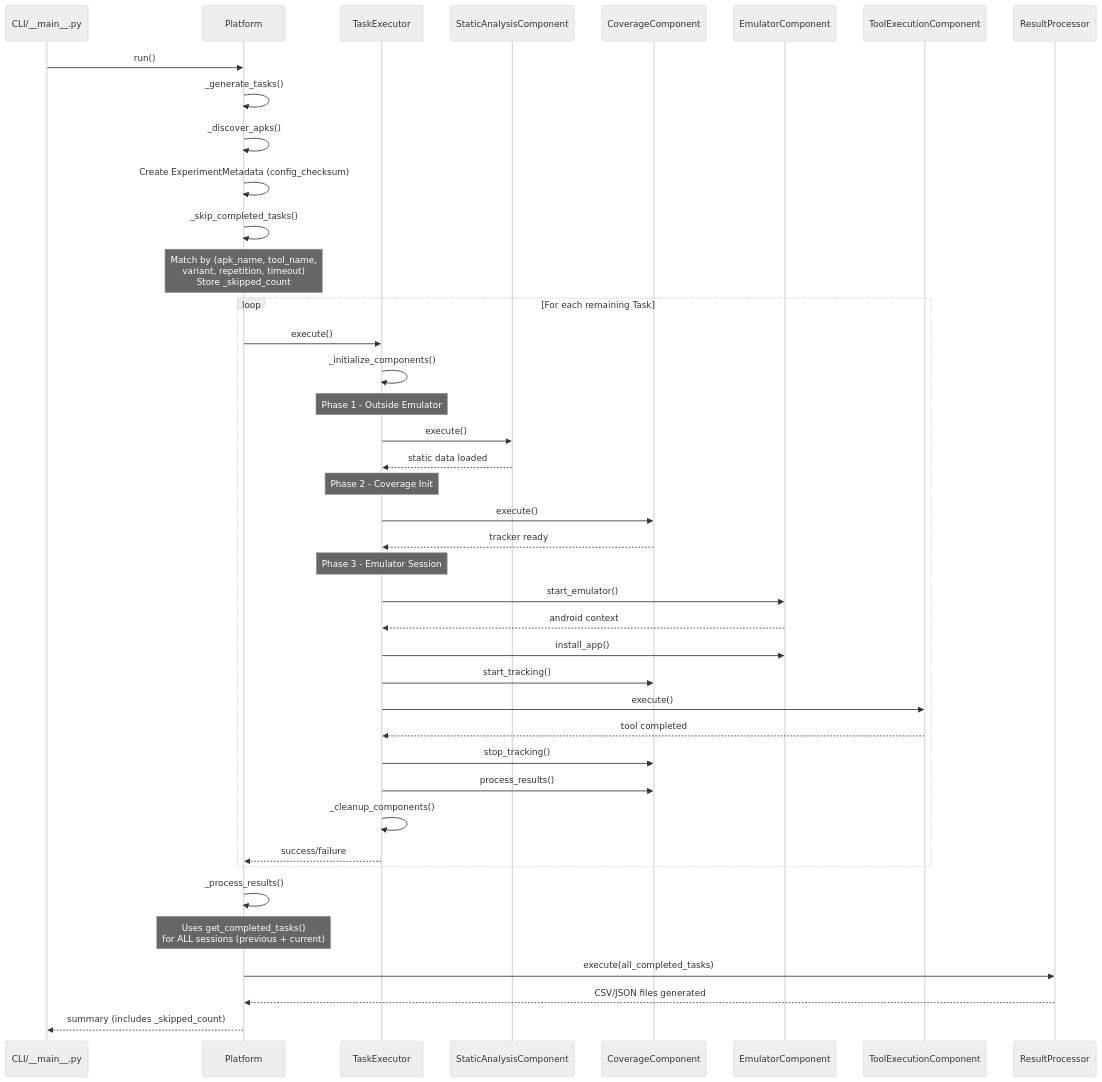
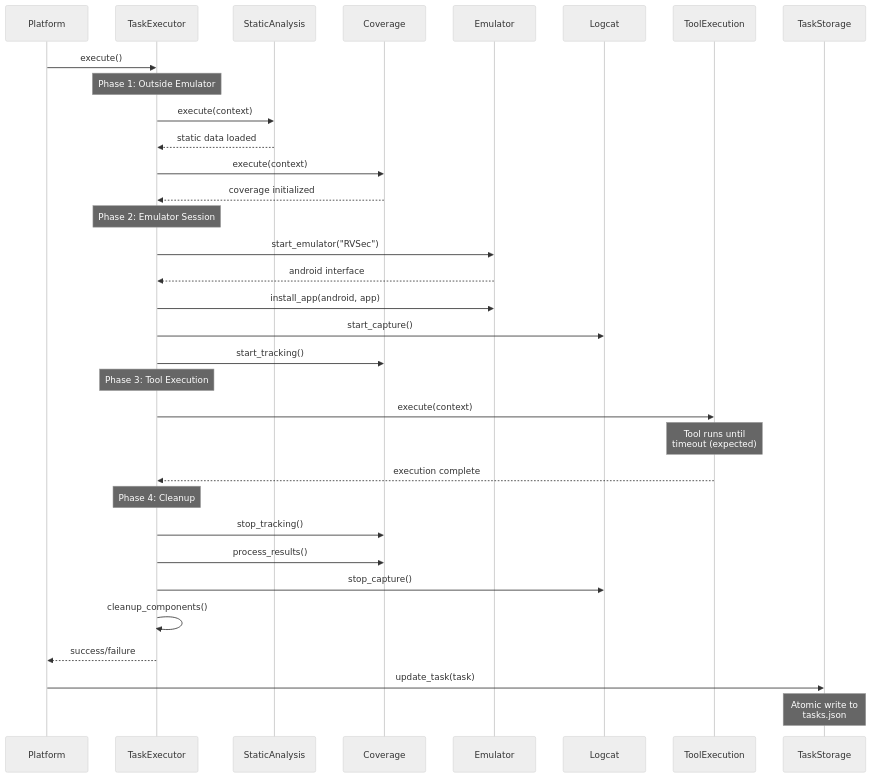
One commit to PAMunb/rvsec changed the fourth of 6 diagrams in rv-android/modules/rv-platform/docs/architecture.md. Above: the diagram before and after it, drawn with Mermaid. The commit also changed other lines of this file and 7 other files, not shown here.

First line of the commit message:
test: add resume coverage for rv-platform and rv-experiment + update architecture docs

````diff
--- a/rv-android/modules/rv-platform/docs/architecture.md
+++ b/rv-android/modules/rv-platform/docs/architecture.md
@@ -271,51 +334,41 @@
 ```mermaid
 %%{init: {'theme': 'neutral'}}%%
 sequenceDiagram
-    participant CLI as CLI/__main__.py
-    participant Platform as Platform
-    participant TaskExec as TaskExecutor
-    participant Static as StaticAnalysisComponent
-    participant Coverage as CoverageComponent
-    participant Emulator as EmulatorComponent
-    participant Tool as ToolExecutionComponent
-    participant Result as ResultProcessor
+    participant P as Platform
+    participant TE as TaskExecutor
+    participant SA as StaticAnalysis
+    participant CC as Coverage
+    participant EC as Emulator
+    participant LC as Logcat
+    participant TC as ToolExecution
+    participant TS as TaskStorage
 
-    CLI->>Platform: run()
-    Platform->>Platform: _generate_tasks()
-    Platform->>Platform: _discover_apks()
-    Platform->>Platform: Create ExperimentMetadata (config_checksum)
-    Platform->>Platform: _skip_completed_tasks()
-    Note over Platform: Match by (apk_name, tool_name,<br/>variant, repetition, timeout)<br/>Store _skipped_count
+    P->>TE: execute()
+    Note over TE: Phase 1: Outside Emulator
+    TE->>SA: execute(context)
+    SA-->>TE: static data loaded
+    TE->>CC: execute(context)
+    CC-->>TE: coverage initialized
 
-    loop For each remaining Task
-        Platform->>TaskExec: execute()
-        TaskExec->>TaskExec: _initialize_components()
+    Note over TE: Phase 2: Emulator Session
+    TE->>EC: start_emulator("RVSec")
+    EC-->>TE: android interface
+    TE->>EC: install_app(android, app)
+    TE->>LC: start_capture()
+    TE->>CC: start_tracking()
 
-        Note over TaskExec: Phase 1 - Outside Emulator
-        TaskExec->>Static: execute()
-        Static-->>TaskExec: static data loaded
+    Note over TE: Phase 3: Tool Execution
+    TE->>TC: execute(context)
+    Note over TC: Tool runs until<br/>timeout (expected)
+    TC-->>TE: execution complete
 
-        Note over TaskExec: Phase 2 - Coverage Init
-        TaskExec->>Coverage: execute()
-        Coverage-->>TaskExec: tracker ready
+    Note over TE: Phase 4: Cleanup
+    TE->>CC: stop_tracking()
+    TE->>CC: process_results()
+    TE->>LC: stop_capture()
+    TE->>TE: cleanup_components()
+    TE-->>P: success/failure
 
-        Note over TaskExec: Phase 3 - Emulator Session
-        TaskExec->>Emulator: start_emulator()
-        Emulator-->>TaskExec: android context
-        TaskExec->>Emulator: install_app()
-        TaskExec->>Coverage: start_tracking()
-        TaskExec->>Tool: execute()
-        Tool-->>TaskExec: tool completed
-        TaskExec->>Coverage: stop_tracking()
-        TaskExec->>Coverage: process_results()
-
-        TaskExec->>TaskExec: _cleanup_components()
-        TaskExec-->>Platform: success/failure
-    end
-
-    Platform->>Platform: _process_results()
-    Note over Platform: Uses get_completed_tasks()<br/>for ALL sessions (previous + current)
-    Platform->>Result: execute(all_completed_tasks)
-    Result-->>Platform: CSV/JSON files generated
-    Platform-->>CLI: summary (includes _skipped_count)
+    P->>TS: update_task(task)
+    Note over TS: Atomic write to<br/>tasks.json
 ```
````
